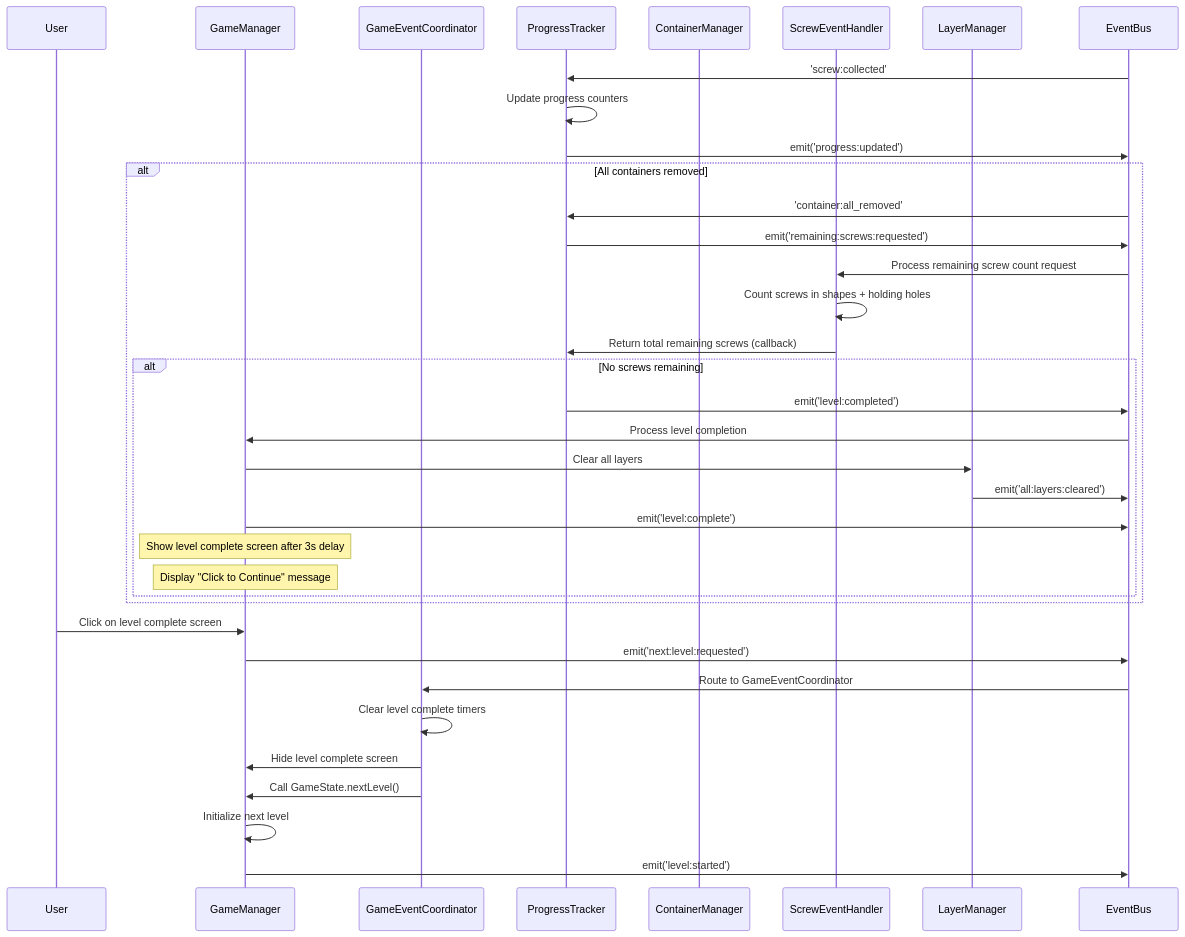
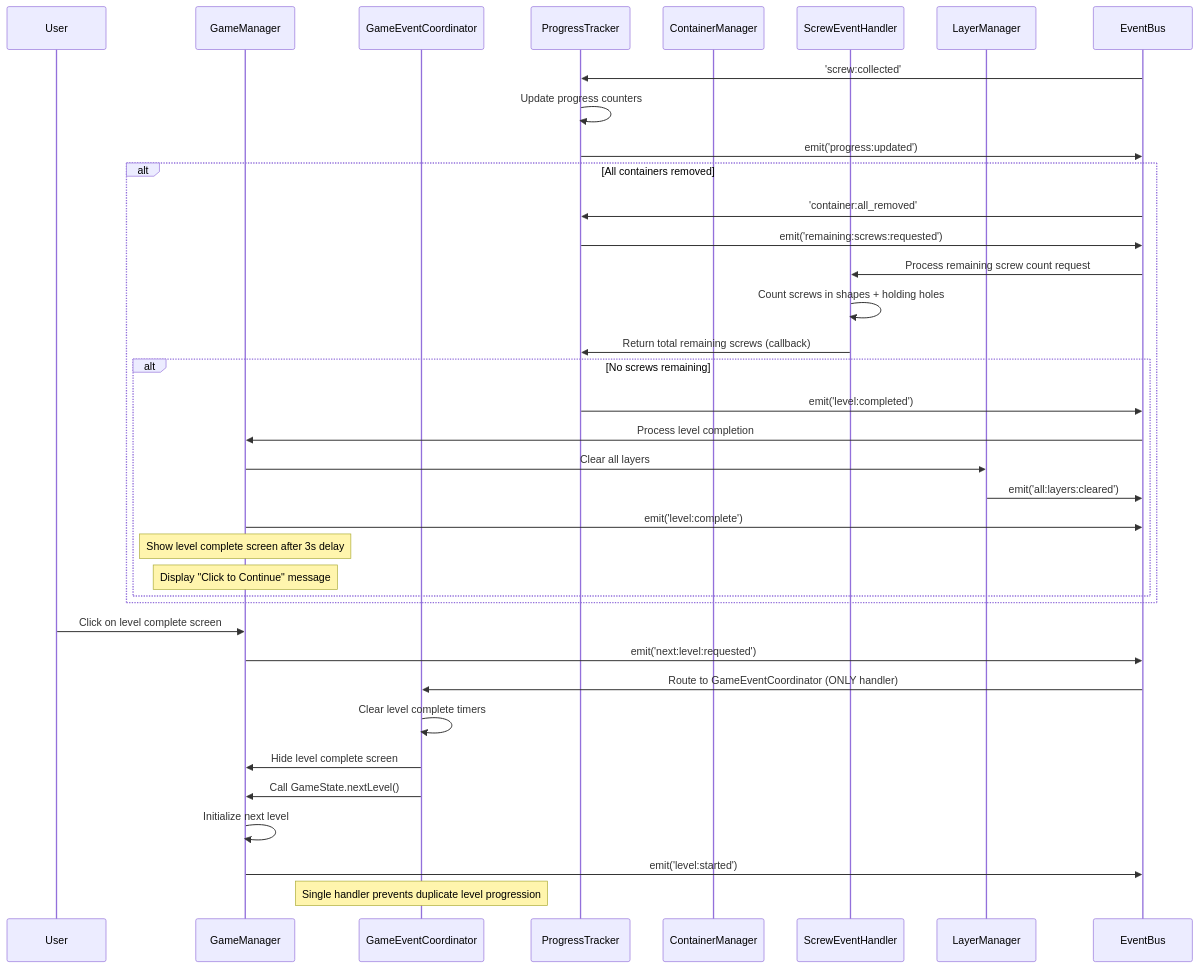
The third of 6 diagrams in docs/game_event_flows.md (paulrobello/par-shape-2d), drawn with Mermaid before and after one commit. The commit also changed other lines of this file and 1 other file, not shown here.

````diff
--- a/docs/game_event_flows.md
+++ b/docs/game_event_flows.md
@@ -236,43 +244,45 @@
 ```mermaid
 sequenceDiagram
     participant User
     participant GM as GameManager
     participant GEC as GameEventCoordinator
     participant PT as ProgressTracker
     participant CM as ContainerManager
     participant SEH as ScrewEventHandler
     participant LM as LayerManager
     participant EB as EventBus
 
     EB->>PT: 'screw:collected'
     PT->>PT: Update progress counters
     PT->>EB: emit('progress:updated')
     
     alt All containers removed
         EB->>PT: 'container:all_removed'
         PT->>EB: emit('remaining:screws:requested')
         EB->>SEH: Process remaining screw count request
         SEH->>SEH: Count screws in shapes + holding holes
         SEH->>PT: Return total remaining screws (callback)
         
         alt No screws remaining
             PT->>EB: emit('level:completed')
             EB->>GM: Process level completion
             GM->>LM: Clear all layers
             LM->>EB: emit('all:layers:cleared')
             GM->>EB: emit('level:complete')
             
             Note over GM: Show level complete screen after 3s delay
             Note over GM: Display "Click to Continue" message
         end
     end
     
     User->>GM: Click on level complete screen
     GM->>EB: emit('next:level:requested')
-    EB->>GEC: Route to GameEventCoordinator
+    EB->>GEC: Route to GameEventCoordinator (ONLY handler)
     GEC->>GEC: Clear level complete timers
     GEC->>GM: Hide level complete screen
     GEC->>GM: Call GameState.nextLevel()
     GM->>GM: Initialize next level
     GM->>EB: emit('level:started')
+    
+    Note over GEC: Single handler prevents duplicate level progression
 ```
````
